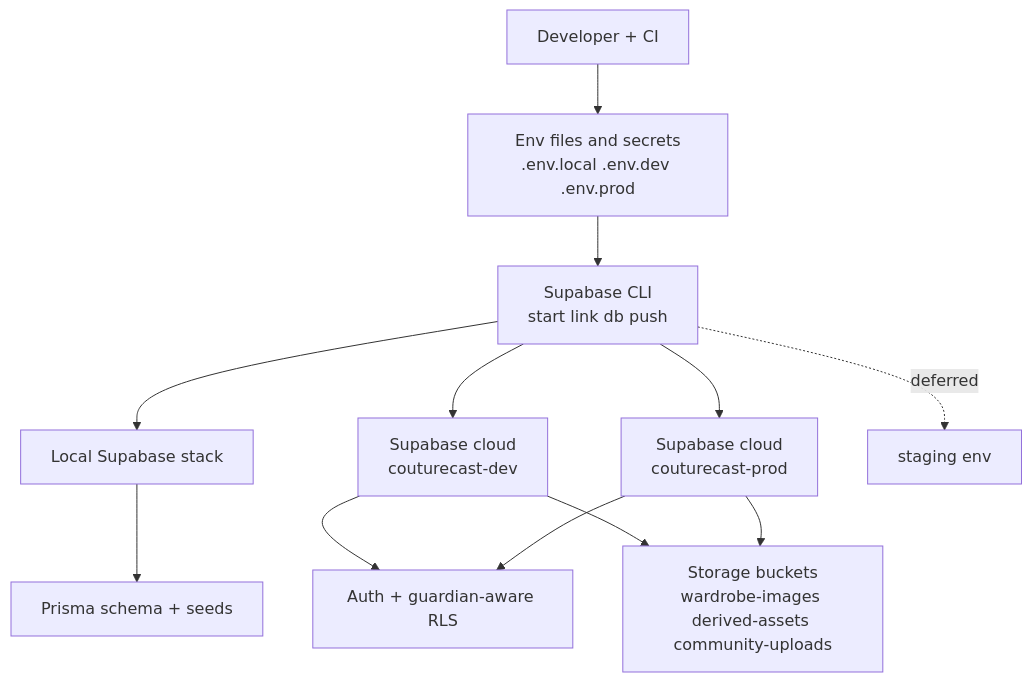
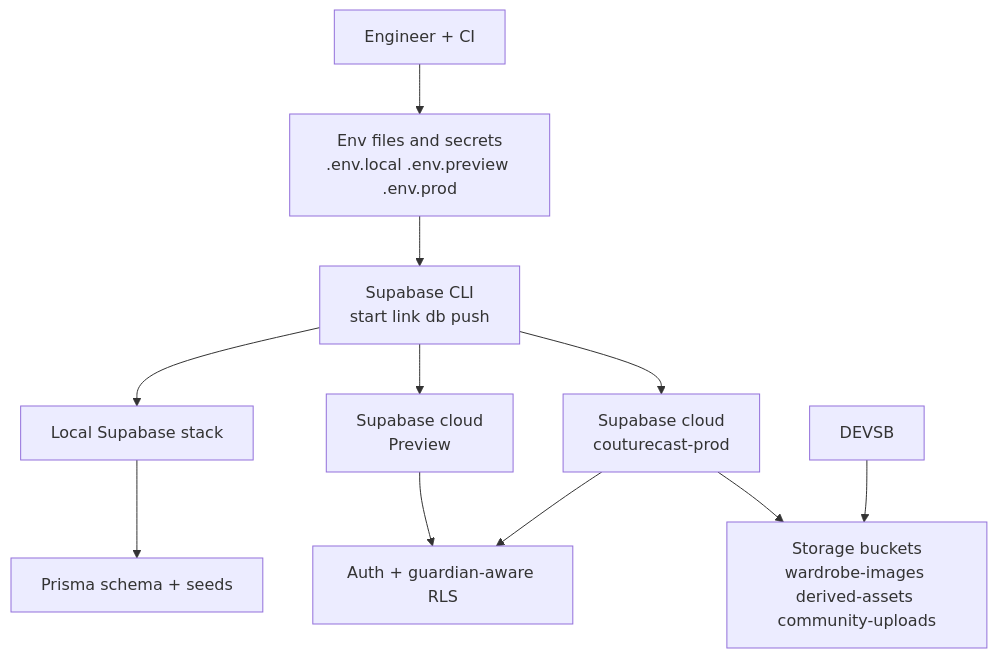
One commit to muratkeremozcan/couture-cast changed the fourth of 16 diagrams in _bmad-output/project-knowledge/learning-path-step-by-step.md. Above: the diagram before and after it, drawn with Mermaid. The commit also changed other lines of this file and 38 other files, not shown here.

````diff
--- a/_bmad-output/project-knowledge/learning-path-step-by-step.md
+++ b/_bmad-output/project-knowledge/learning-path-step-by-step.md
@@ -395,16 +394,15 @@
 ```mermaid
 flowchart TD
-  DEV[Developer + CI] --> ENV[Env files and secrets<br/>.env.local .env.dev .env.prod]
+  ENGINEER[Engineer + CI] --> ENV[Env files and secrets<br/>.env.local .env.preview .env.prod]
   ENV --> CLI[Supabase CLI<br/>start link db push]
   CLI --> LOCAL[Local Supabase stack]
   LOCAL --> PRISMA[Prisma schema + seeds]
 
-  CLI --> DEVSB[Supabase cloud<br/>couturecast-dev]
+  CLI --> PREVIEWSB[Supabase cloud<br/>Preview]
   CLI --> PRODSB[Supabase cloud<br/>couturecast-prod]
-  CLI -. deferred .-> STAGE[staging env]
 
-  DEVSB --> AUTH[Auth + guardian-aware RLS]
+  PREVIEWSB --> AUTH[Auth + guardian-aware RLS]
   PRODSB --> AUTH
   DEVSB --> BUCKETS[Storage buckets<br/>wardrobe-images derived-assets community-uploads]
   PRODSB --> BUCKETS
 ```
````
